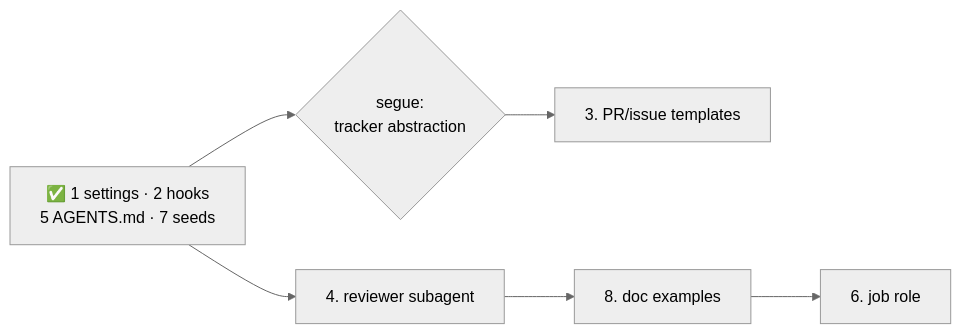
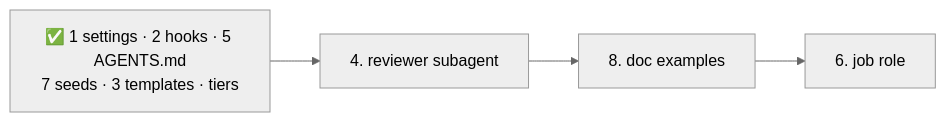
One commit to PositiveControl/rails-rocket-sheep changed the third of 3 diagrams in docs/inventory.md. Above: the diagram before and after it, drawn with Mermaid (neutral theme). The commit also changed other lines of this file and 7 other files, not shown here.

First line of the commit message:
feat(templates): PR and issue templates

````diff
--- a/docs/inventory.md
+++ b/docs/inventory.md
@@ -190,8 +194,6 @@
 ```mermaid
 flowchart LR
-  DONE["✅ 1 settings · 2 hooks<br/>5 AGENTS.md · 7 seeds"] --> SEG{"segue:<br/>tracker abstraction"}
-  SEG --> T3["3. PR/issue templates"]
-  DONE --> T4["4. reviewer subagent"]
+  DONE["✅ 1 settings · 2 hooks · 5 AGENTS.md<br/>7 seeds · 3 templates · tiers"] --> T4["4. reviewer subagent"]
   T4 --> T8["8. doc examples"]
   T8 --> T6["6. job role"]
 ```
````
